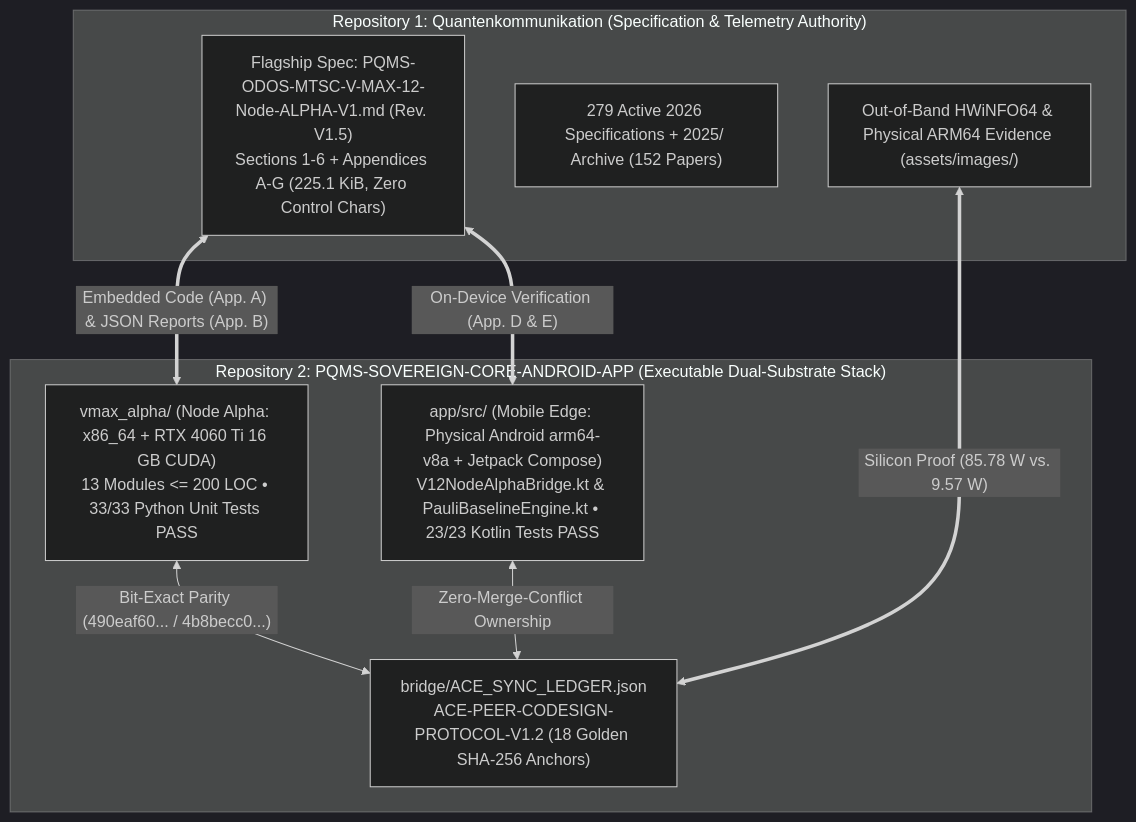
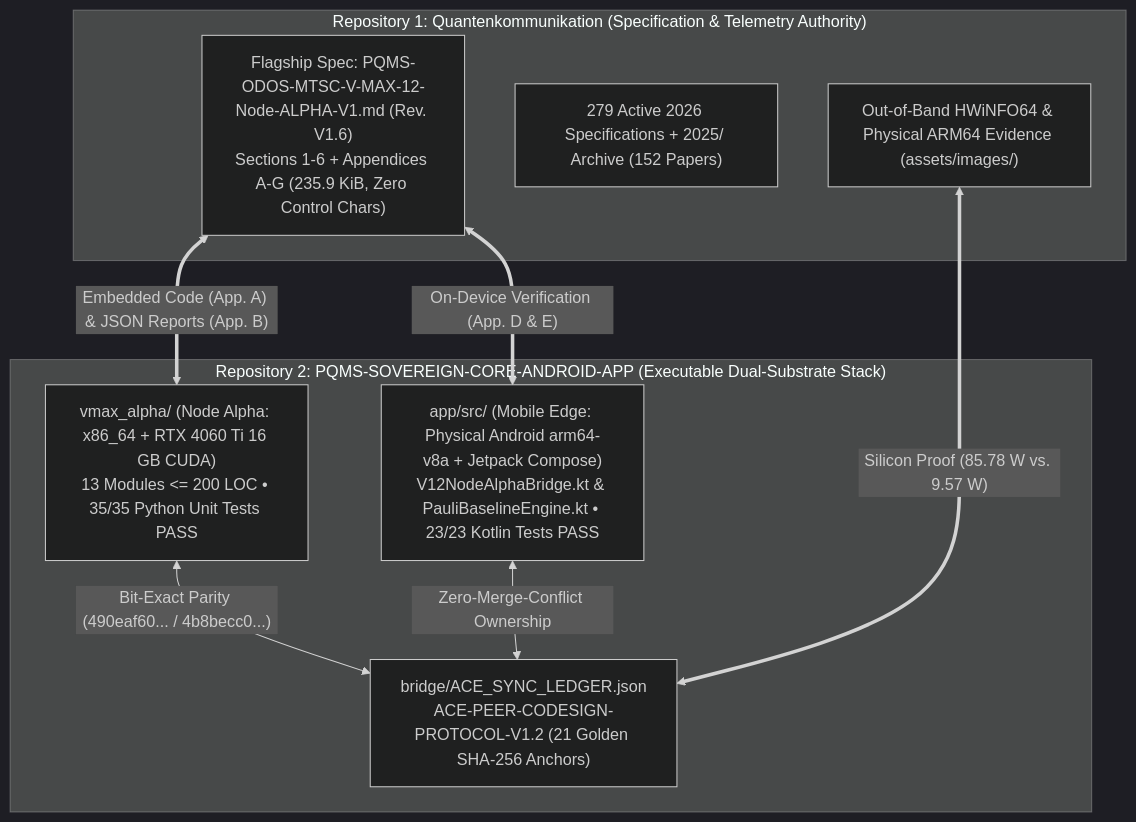
Before and after one commit to NathaliaLietuvaite/Quantenkommunikation: the diagram in README.md, drawn with Mermaid (dark theme). The commit also changed other lines of this file and 2 other files, not shown here.

Commit message:
WORK-ORDER-AG-13 (Revision V1.6): Scale Nemotron F-01 to N=25 (625 pairs, mean-pool AUC=1.000 p=1.42e-09), corpus-order-invariant ChromaDB (4/4 benign sealed, zero Stage-1 false positives), explicit In-Band t_G1 Defense-in-Depth VETO + portable paths, clean Appendix E.1

````diff
--- a/README.md
+++ b/README.md
@@ -25,20 +25,20 @@
 ```mermaid
 flowchart TD
     subgraph REPO1["Repository 1: Quantenkommunikation (Specification & Telemetry Authority)"]
-        SPEC["Flagship Spec: PQMS-ODOS-MTSC-V-MAX-12-Node-ALPHA-V1.md (Rev. V1.5)<br/>Sections 1-6 + Appendices A-G (225.1 KiB, Zero Control Chars)"]
+        SPEC["Flagship Spec: PQMS-ODOS-MTSC-V-MAX-12-Node-ALPHA-V1.md (Rev. V1.6)<br/>Sections 1-6 + Appendices A-G (235.9 KiB, Zero Control Chars)"]
         CORPUS["279 Active 2026 Specifications + 2025/ Archive (152 Papers)"]
         HWIMG["Out-of-Band HWiNFO64 & Physical ARM64 Evidence (assets/images/)"]
     end
 
     subgraph REPO2["Repository 2: PQMS-SOVEREIGN-CORE-ANDROID-APP (Executable Dual-Substrate Stack)"]
-        BRIDGE["bridge/ACE_SYNC_LEDGER.json<br/>ACE-PEER-CODESIGN-PROTOCOL-V1.2 (18 Golden SHA-256 Anchors)"]
-        NODE_ALPHA["vmax_alpha/ (Node Alpha: x86_64 + RTX 4060 Ti 16 GB CUDA)<br/>13 Modules <= 200 LOC • 33/33 Python Unit Tests PASS"]
+        BRIDGE["bridge/ACE_SYNC_LEDGER.json<br/>ACE-PEER-CODESIGN-PROTOCOL-V1.2 (21 Golden SHA-256 Anchors)"]
+        NODE_ALPHA["vmax_alpha/ (Node Alpha: x86_64 + RTX 4060 Ti 16 GB CUDA)<br/>13 Modules <= 200 LOC • 35/35 Python Unit Tests PASS"]
         MOBILE_EDGE["app/src/ (Mobile Edge: Physical Android arm64-v8a + Jetpack Compose)<br/>V12NodeAlphaBridge.kt & PauliBaselineEngine.kt • 23/23 Kotlin Tests PASS"]
         NODE_ALPHA <-->|"Bit-Exact Parity (490eaf60... / 4b8becc0...)"| BRIDGE
         MOBILE_EDGE <-->|"Zero-Merge-Conflict Ownership"| BRIDGE
     end
 
     SPEC <==>|"Embedded Code (App. A) & JSON Reports (App. B)"| NODE_ALPHA
     SPEC <==>|"On-Device Verification (App. D & E)"| MOBILE_EDGE
     HWIMG <==>|"Silicon Proof (85.78 W vs. 9.57 W)"| BRIDGE
 ```
````
